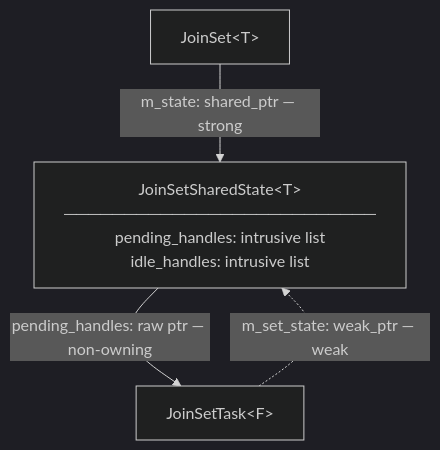
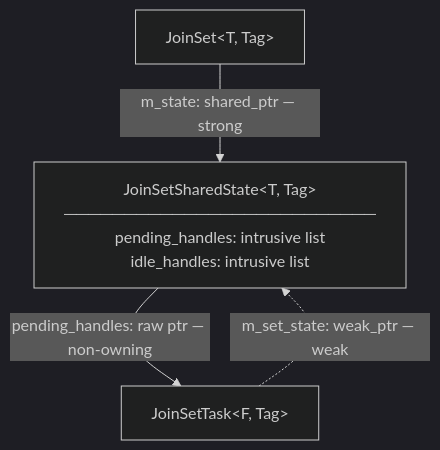
The fourth of 6 diagrams in doc/design/task_ownership.md (bts164/coro), drawn with Mermaid (dark theme) before and after one commit. The commit also changed other lines of this file and 32 other files, not shown here.

Commit message:
Added CancelHandle, JoinSet spawn now returns a cancel handle that can be used to cancel individual tasks in the set, and added an optional tag value that can be given to each JoinSet task and returned in JoinResult to indicate which task the result is from.

````diff
--- a/doc/design/task_ownership.md
+++ b/doc/design/task_ownership.md
@@ -160,10 +162,10 @@
 ```mermaid
 graph TD
-    JS["JoinSet&lt;T&gt;"]
-    State["JoinSetSharedState&lt;T&gt;\n──────────────────────────\npending_handles: intrusive list\nidle_handles: intrusive list"]
-    Task["JoinSetTask&lt;F&gt;"]
+    JS["JoinSet&lt;T, Tag&gt;"]
+    State["JoinSetSharedState&lt;T, Tag&gt;\n──────────────────────────\npending_handles: intrusive list\nidle_handles: intrusive list"]
+    Task["JoinSetTask&lt;F, Tag&gt;"]
 
     JS -->|"m_state: shared_ptr — strong"| State
     State -->|"pending_handles: raw ptr — non-owning"| Task
     Task -. "m_set_state: weak_ptr — weak" .-> State
 ```
````
